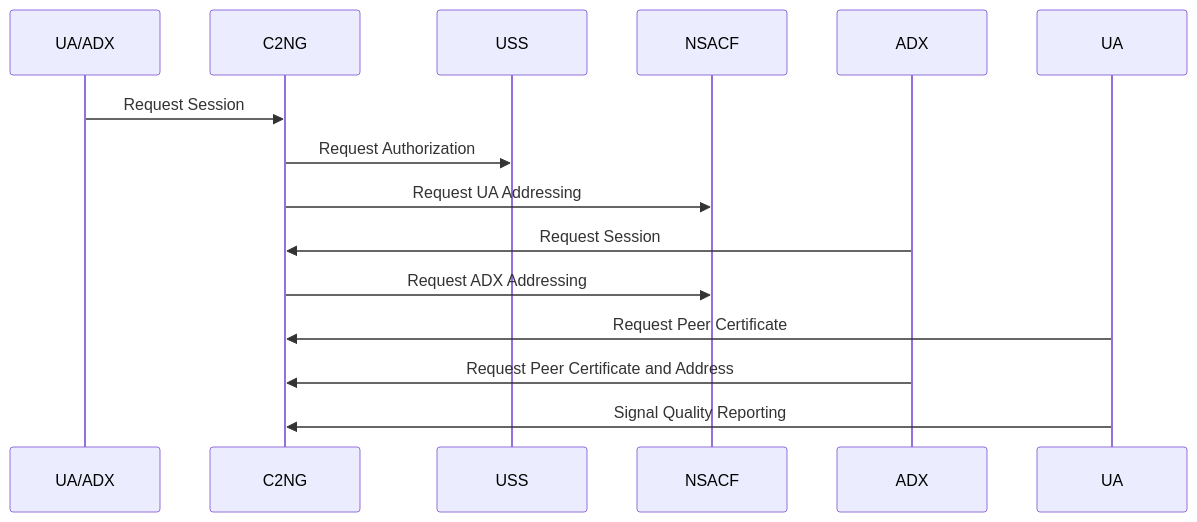
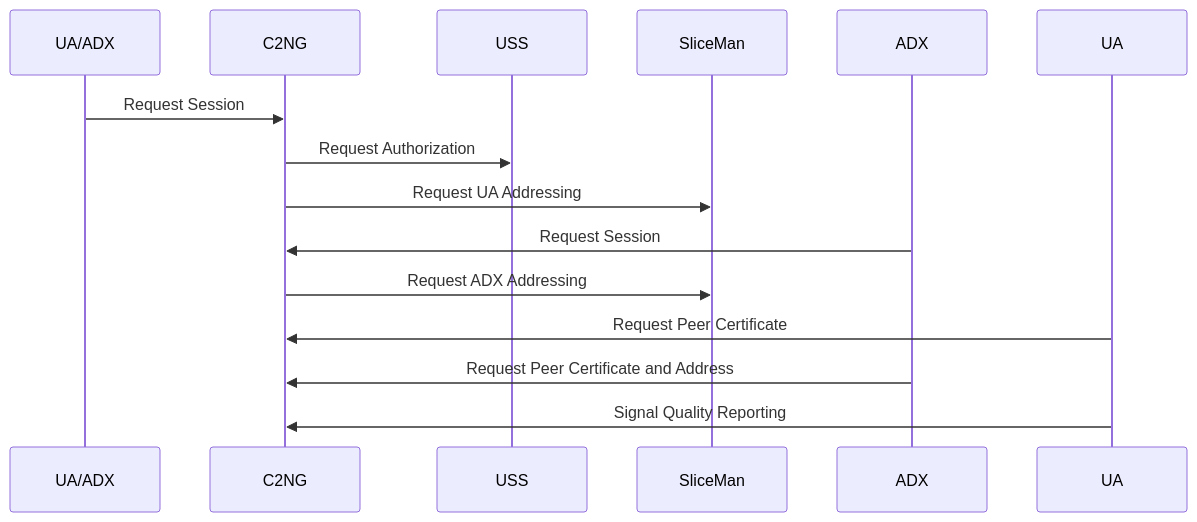
One commit to flyvercity/iot-ngin-c2ng changed the first of 7 diagrams in docs/GENERAL.md. Above: the diagram before and after it, drawn with Mermaid. The commit also changed other lines of this file and 11 other files, not shown here.

````diff
--- a/docs/GENERAL.md
+++ b/docs/GENERAL.md
@@ -31,11 +31,11 @@
 ```mermaid
 sequenceDiagram
     UA/ADX ->> C2NG: Request Session
     C2NG ->> USS: Request Authorization
-    C2NG ->> NSACF: Request UA Addressing
+    C2NG ->> SliceMan: Request UA Addressing
     ADX ->> C2NG: Request Session
-    C2NG ->> NSACF: Request ADX Addressing
+    C2NG ->> SliceMan: Request ADX Addressing
     UA ->> C2NG: Request Peer Certificate
     ADX ->> C2NG: Request Peer Certificate and Address
     UA ->> C2NG: Signal Quality Reporting
 ```
````
